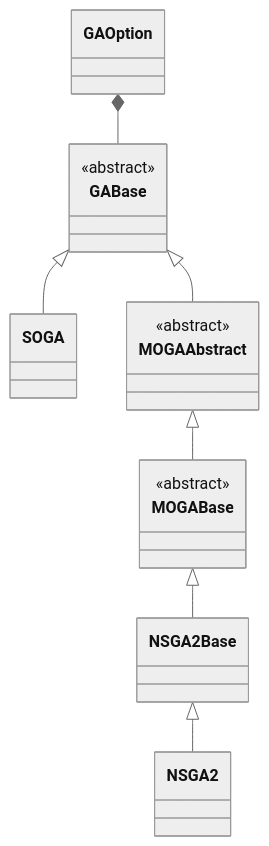
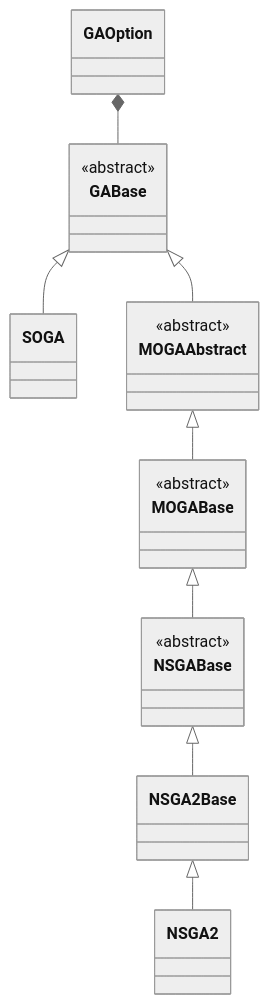
Before and after one commit to ToKiNoBug/HeuristicFlow: the diagram in docs/Genetic.md, drawn with Mermaid (neutral theme). The commit also changed 1 other file, not shown here.

Commit message:
update documents

````diff
--- a/docs/Genetic.md
+++ b/docs/Genetic.md
@@ -18,33 +18,38 @@
 ```mermaid
 classDiagram
 
 class GAOption 
 
 class GABase {
     <<abstract>>
 
 }
 
 class SOGA 
 
 class MOGAAbstract {
     <<abstract>>
 }
 
 class MOGABase {
     <<abstract>>
 }
 
+class NSGABase{
+    <<abstract>>
+}
+
 class NSGA2Base
 
 
 class NSGA2
 
 GAOption *-- GABase
 GABase <|-- SOGA
 GABase <|-- MOGAAbstract
 MOGAAbstract <|-- MOGABase
-MOGABase <|-- NSGA2Base
+MOGABase <|-- NSGABase
+NSGABase <|-- NSGA2Base
 NSGA2Base <|-- NSGA2
 
 ```
````
